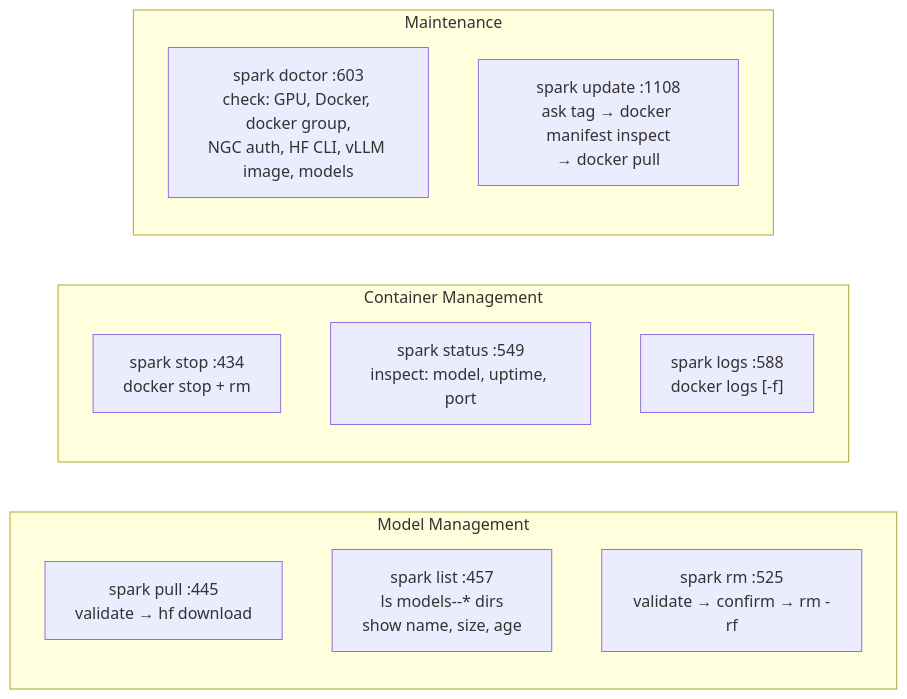
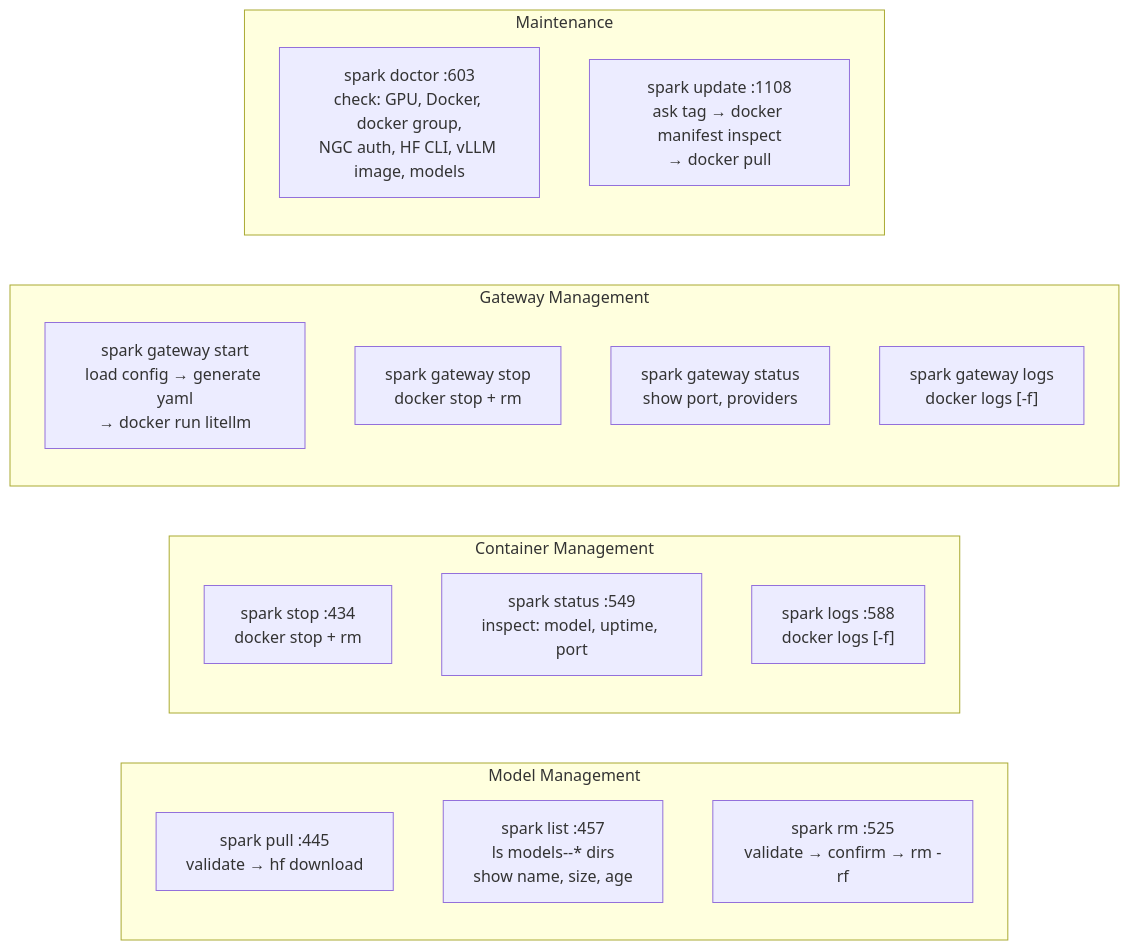
One commit to massimo92/spark changed the fourth of 4 diagrams in docs/flow.md. Above: the diagram before and after it, drawn with Mermaid. The commit also changed other lines of this file and 1 other file, not shown here.

Commit message:
feat: add LiteLLM gateway for unified local + cloud model serving
Add optional LiteLLM gateway that runs as a Docker container on the DGX,
sitting in front of vLLM and cloud providers (OpenRouter, Ollama, Zen/OpenCode,
Together AI) under a single OpenAI-compatible API on port 4000.

- Setup wizard: optional step after vLLM to install and configure gateway
- `spark gateway start|stop|status|logs`: thin Docker wrapper for lifecycle
- `spark gateway add|remove`: manage providers post-setup with API keys
- Auto-wires vLLM as default backend when gateway is enabled
- Config stored in ~/.config/spark/gateway.json, generates litellm_config.yaml
- Doctor check validates gateway status when configured
- Setup descriptions: each step now shows a brief explanation of what it does

````diff
--- a/docs/flow.md
+++ b/docs/flow.md
@@ -138,19 +139,26 @@
 ```mermaid
 flowchart LR
     subgraph model_mgmt ["Model Management"]
         pull["spark pull :445\nvalidate → hf download"]
         list["spark list :457\nls models--* dirs\nshow name, size, age"]
         rm["spark rm :525\nvalidate → confirm → rm -rf"]
     end
 
     subgraph container_mgmt ["Container Management"]
         stop["spark stop :434\ndocker stop + rm"]
         status["spark status :549\ninspect: model, uptime, port"]
         logs["spark logs :588\ndocker logs [-f]"]
     end
 
+    subgraph gateway_mgmt ["Gateway Management"]
+        gw_start["spark gateway start\nload config → generate yaml\n→ docker run litellm"]
+        gw_stop["spark gateway stop\ndocker stop + rm"]
+        gw_status["spark gateway status\nshow port, providers"]
+        gw_logs["spark gateway logs\ndocker logs [-f]"]
+    end
+
     subgraph maintenance ["Maintenance"]
         doctor["spark doctor :603\ncheck: GPU, Docker, docker group,\nNGC auth, HF CLI, vLLM image, models"]
         update["spark update :1108\nask tag → docker manifest inspect\n→ docker pull"]
     end
 ```
````
